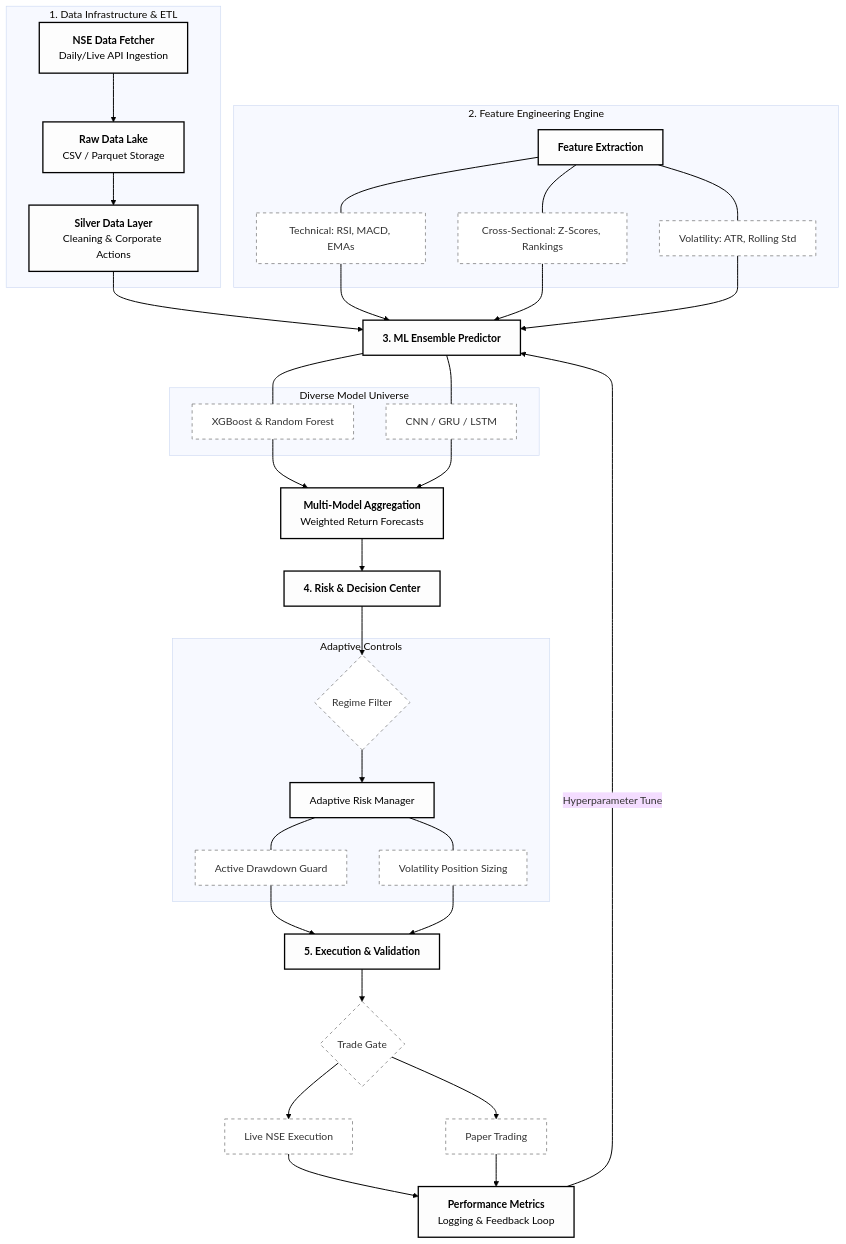
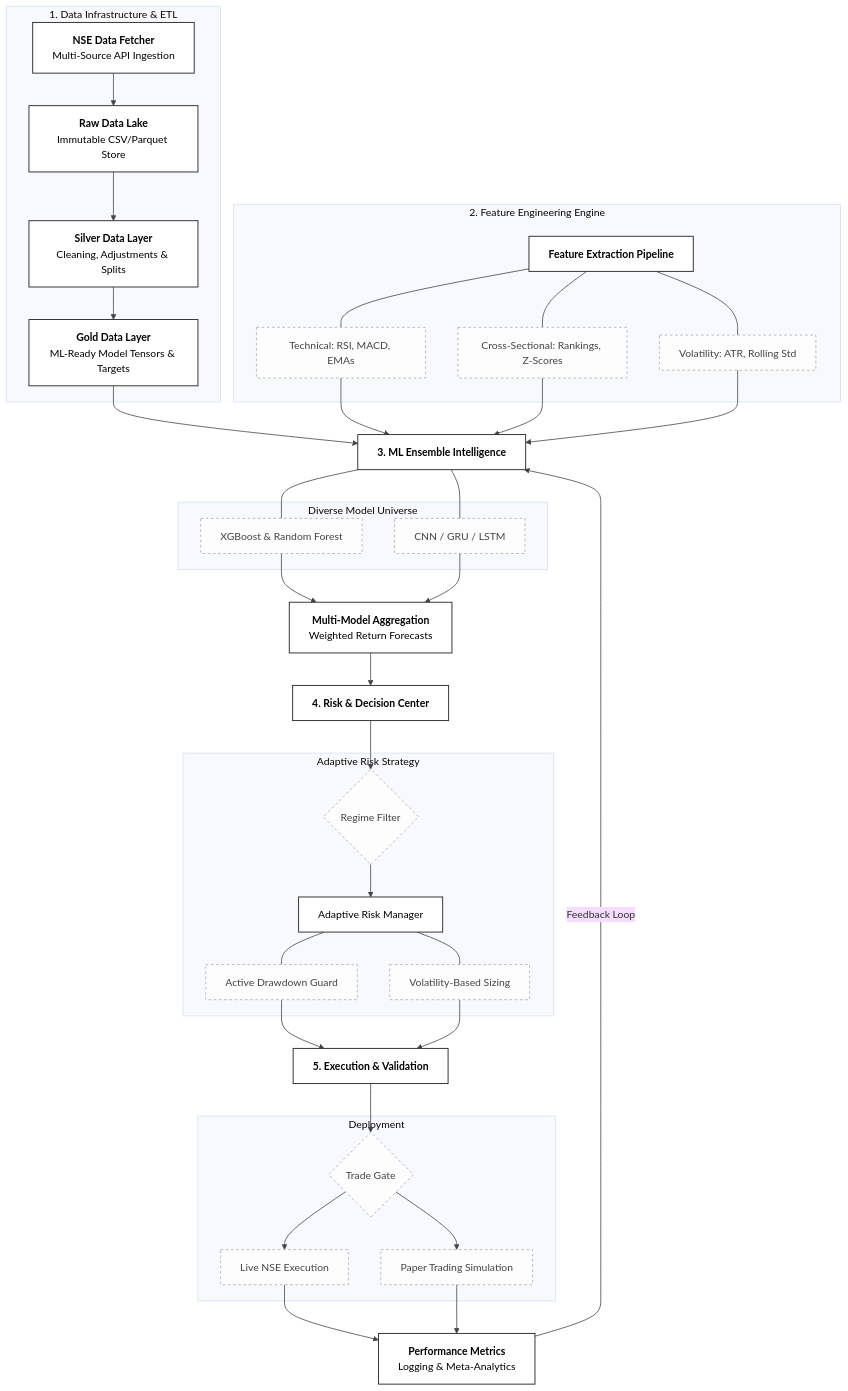
Before and after one commit to N0AHZACH/Quant_Engine: the diagram in README.md, drawn with Mermaid (base theme).

Commit message:
Final: Restored Gold Data layer and refined connection lines for better readability

````diff
--- a/README.md
+++ b/README.md
@@ -25,60 +25,64 @@
 ```mermaid
 graph TD
     %% Global Style Definitions
-    classDef mainNode fill:#fdfdfd,stroke:#000,stroke-width:2px,color:#000;
-    classDef subNode fill:#fff,stroke:#666,stroke-width:1px,color:#333,stroke-dasharray: 5 5;
+    classDef mainNode fill:#fff,stroke:#333,stroke-width:1.5px,color:#000;
+    classDef internalNode fill:#fdfdfd,stroke:#999,stroke-width:1px,color:#444,stroke-dasharray: 4 4;
 
-    %% 1. Data Pipeline
-    subgraph Data_Pipeline [1. Data Infrastructure & ETL]
-        A[<b>NSE Data Fetcher</b><br/>Daily/Live API Ingestion] --> B[<b>Raw Data Lake</b><br/>CSV / Parquet Storage]
-        B --> C[<b>Silver Data Layer</b><br/>Cleaning & Corporate Actions]
+    %% 1. Data Infrastructure (Lake Architecture)
+    subgraph Data_Lake [1. Data Infrastructure & ETL]
+        A[<b>NSE Data Fetcher</b><br/>Multi-Source API Ingestion] --> B[<b>Raw Data Lake</b><br/>Immutable CSV/Parquet Store]
+        B --> C[<b>Silver Data Layer</b><br/>Cleaning, Adjustments & Splits]
+        C --> D[<b>Gold Data Layer</b><br/>ML-Ready Model Tensors & Targets]
     end
-    class A,B,C mainNode;
+    class A,B,C,D mainNode;
 
     %% 2. Feature Engineering
     subgraph Feature_Layer [2. Feature Engineering Engine]
-        D[<b>Feature Extraction</b>]
-        D1[Technical: RSI, MACD, EMAs]
-        D2[Cross-Sectional: Z-Scores, Rankings]
-        D3[Volatility: ATR, Rolling Std]
-        D --- D1 & D2 & D3
+        E[<b>Feature Extraction Pipeline</b>]
+        E1[Technical: RSI, MACD, EMAs]
+        E2[Cross-Sectional: Rankings, Z-Scores]
+        E3[Volatility: ATR, Rolling Std]
+        E --- E1 & E2 & E3
     end
-    class D mainNode;
-    class D1,D2,D3 subNode;
+    class E mainNode;
+    class E1,E2,E3 internalNode;
 
-    %% 3. ML Ensemble
-    C & D1 & D2 & D3 --> E[<b>3. ML Ensemble Predictor</b>]
-    subgraph ML_Models [Diverse Model Universe]
-        E1[XGBoost & Random Forest]
-        E2[CNN / GRU / LSTM]
+    %% 3. Intelligence Engine
+    D & E1 & E2 & E3 --> F[<b>3. ML Ensemble Intelligence</b>]
+    subgraph Model_Mix [Diverse Model Universe]
+        F1[XGBoost & Random Forest]
+        F2[CNN / GRU / LSTM]
     end
-    E --- E1 & E2
-    E1 & E2 --> F[<b>Multi-Model Aggregation</b><br/>Weighted Return Forecasts]
-    class E,F mainNode;
-    class E1,E2 subNode;
+    F --- F1 & F2
+    F1 & F2 --> G[<b>Multi-Model Aggregation</b><br/>Weighted Return Forecasts]
+    class F,G mainNode;
+    class F1,F2 internalNode;
 
-    %% 4. Risk & Decision
-    F --> G[<b>4. Risk & Decision Center</b>]
-    subgraph Risk_Controls [Adaptive Controls]
-        H{Regime Filter}
-        I[Adaptive Risk Manager]
-        I1[Active Drawdown Guard]
-        I2[Volatility Position Sizing]
+    %% 4. Risk & Decision Center
+    G --> H[<b>4. Risk & Decision Center</b>]
+    subgraph Risk_Controls [Adaptive Risk Strategy]
+        H1{Regime Filter}
+        H2[Adaptive Risk Manager]
+        H3[Active Drawdown Guard]
+        H4[Volatility-Based Sizing]
     end
-    G --> H --> I --- I1 & I2
-    class G,I mainNode;
-    class H,I1,I2 subNode;
+    H --> H1 --> H2 --- H3 & H4
+    class H,H2 mainNode;
+    class H1,H3,H4 internalNode;
 
     %% 5. Execution & Feedback
-    I1 & I2 --> J[<b>5. Execution & Validation</b>]
-    J --> K{Trade Gate}
-    K --> L[Live NSE Execution]
-    K --> M[Paper Trading]
-    L & M --> N[<b>Performance Metrics</b><br/>Logging & Feedback Loop]
-    N -->|Hyperparameter Tune| E
-    class J,N mainNode;
-    class K,L,M subNode;
+    H3 & H4 --> I[<b>5. Execution & Validation</b>]
+    subgraph Execution_Path [Deployment]
+        I1{Trade Gate}
+        I2[Live NSE Execution]
+        I3[Paper Trading Simulation]
+    end
+    I --> I1 --> I2 & I3
+    I2 & I3 --> J[<b>Performance Metrics</b><br/>Logging & Meta-Analytics]
+    J -->|Feedback Loop| F
+    class I,J mainNode;
+    class I1,I2,I3 internalNode;
 
-    %% High-level connections
-    linkStyle default stroke:#000,stroke-width:1.5px;
+    %% Connector Styling
+    linkStyle default stroke:#444,stroke-width:1.2px;
 ```
````
